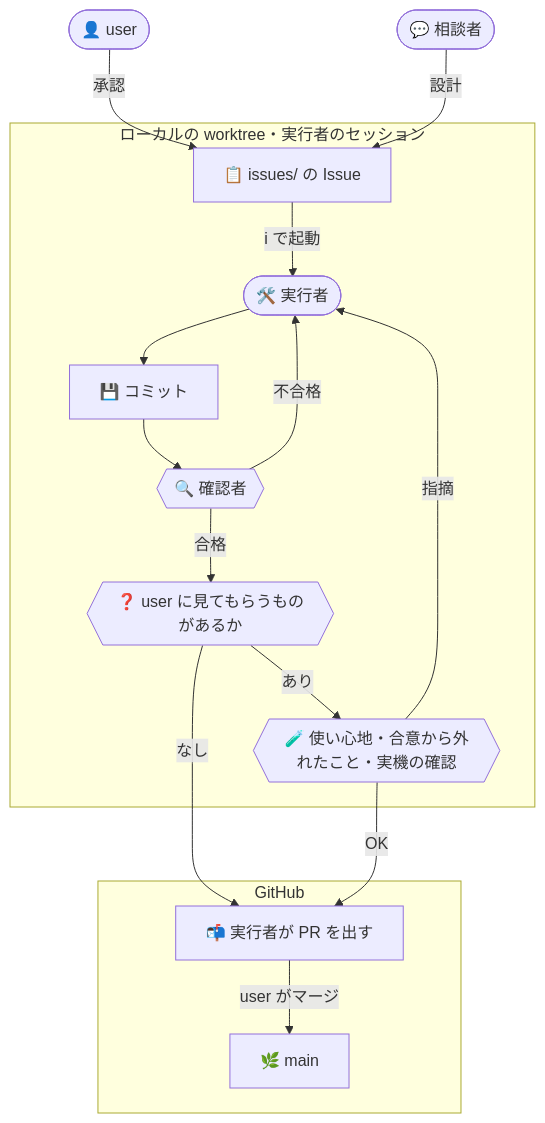
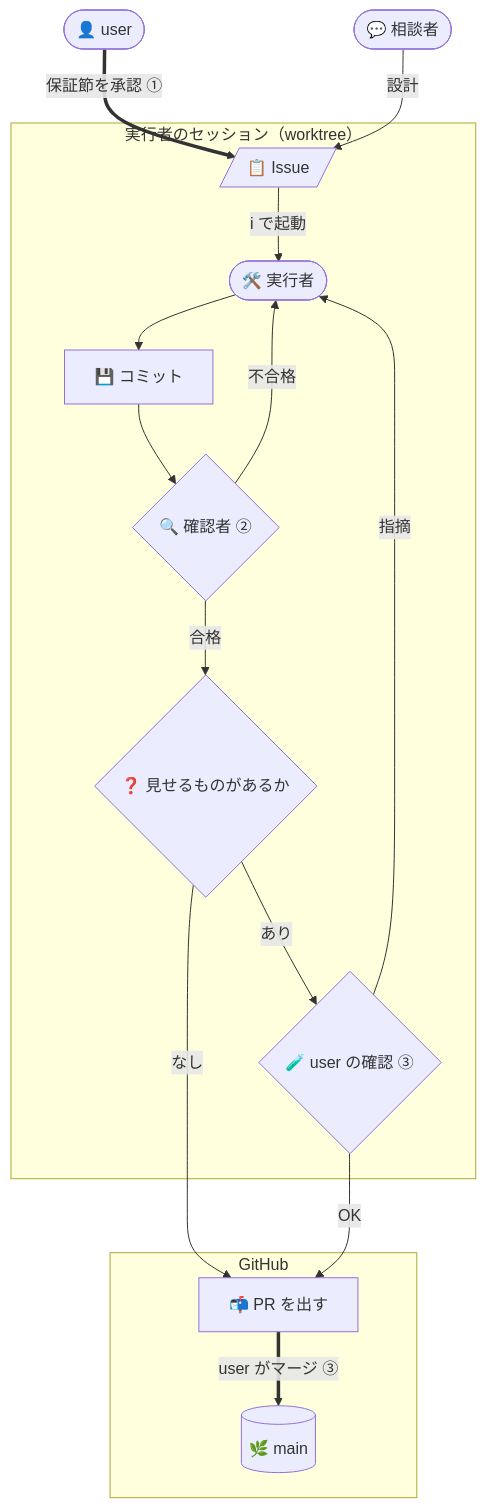
One commit to yktsnet/dotfiles-public changed the diagram in README.md. Above: the diagram before and after it, drawn with Mermaid. The commit also changed other lines of this file, not shown here.

Commit message:
docs: Move the workflow diagram under Principles and label it by principle (#127)
## 変更内容
- `README.md`: Issue が main に入るまでの図を Design の2から Principles の直後へ移した。図は3原則すべてにまたがるため、本文の3節より先に置く
- 図の各段に原則の番号（①〜③）を添え、user の操作（保証節の承認・マージ）を太い矢印にした。承認のラベルを「保証節を承認」にした
- ノードのラベルを短くし、形を種類ごとにそろえた（分岐はひし形、Issue はファイル、main は保管先）。削った中身は図の下の1文に移した
- 図の流れを補う `i` の段落を、図とともに Design の2から移した
- Principles 冒頭の「仕組みは」を「この基盤は」に変えた。原則2の「仕組み」（deny とフック）と語がぶつかるため

````diff
--- a/README.md
+++ b/README.md
@@ -63,19 +39,19 @@
 ```mermaid
 flowchart TD
-    U([👤 user]) -->|承認| I[📋 issues/ の Issue]
+    U([👤 user]) ==>|保証節を承認 ①| I[/📋 Issue/]
     C([💬 相談者]) -->|設計| I
-    subgraph local [ローカルの worktree・実行者のセッション]
+    subgraph local [実行者のセッション（worktree）]
         I -->|i で起動| E([🛠️ 実行者])
         E --> L[💾 コミット]
-        L --> J{{🔍 確認者}}
+        L --> J{🔍 確認者 ②}
         J -->|不合格| E
-        J -->|合格| V{{❓ user に見てもらうものがあるか}}
-        V -->|あり| H{{🧪 使い心地・合意から外れたこと・実機の確認}}
+        J -->|合格| V{❓ 見せるものがあるか}
+        V -->|あり| H{🧪 user の確認 ③}
         H -->|指摘| E
     end
     V -->|なし| P
     H -->|OK| P
     subgraph remote [GitHub]
-        P[📬 実行者が PR を出す] -->|user がマージ| M[🌿 main]
+        P[📬 PR を出す] ==>|user がマージ ③| M[(🌿 main)]
     end
 ```
````
